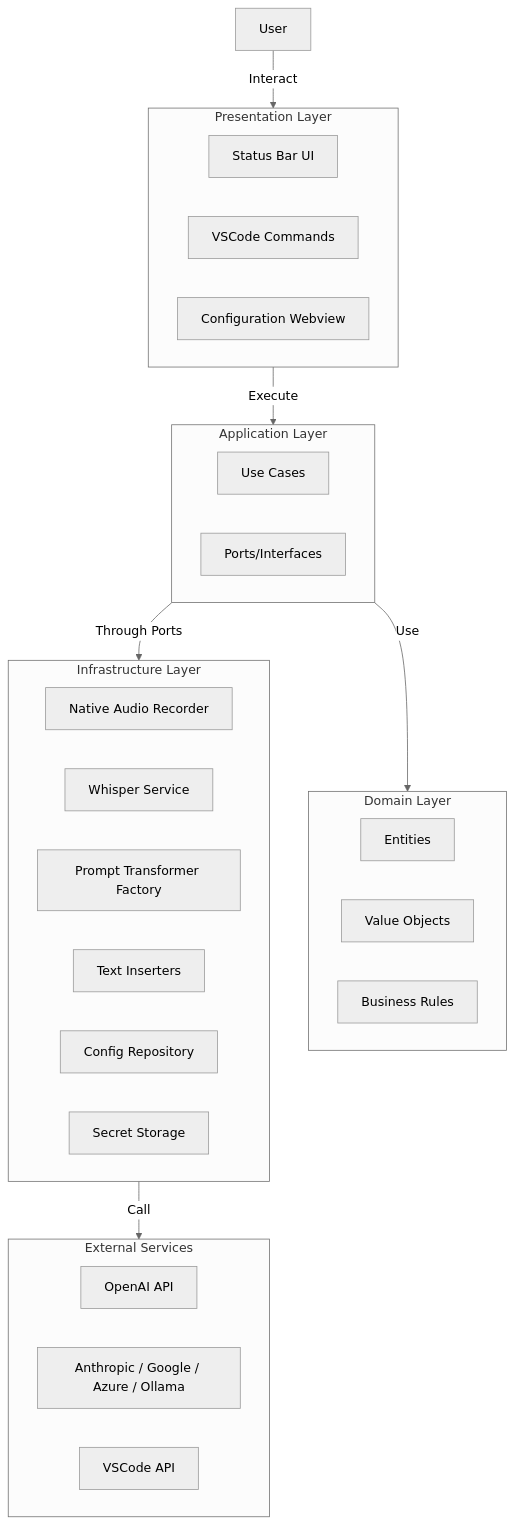
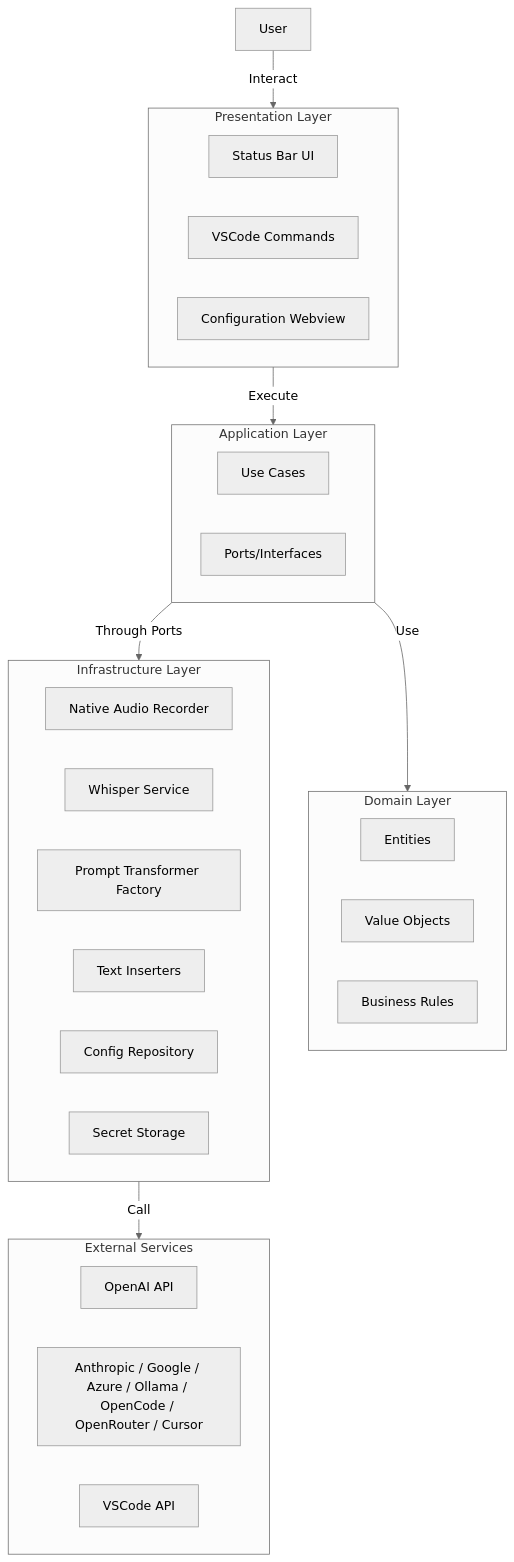
The first of 3 diagrams in docs/architecture/overview.md (vypdev/cursor-whisper), drawn with Mermaid (neutral theme) before and after one commit. The commit also changed other lines of this file and 20 other files, not shown here.

````diff
--- a/docs/architecture/overview.md
+++ b/docs/architecture/overview.md
@@ -20,42 +20,42 @@
 ```mermaid
 flowchart TB
     User[User]
 
     subgraph Presentation["Presentation Layer"]
         StatusBar[Status Bar UI]
         Commands[VSCode Commands]
         ConfigPanel[Configuration Webview]
     end
 
     subgraph Application["Application Layer"]
         UseCases[Use Cases]
         Ports[Ports/Interfaces]
     end
 
     subgraph Domain["Domain Layer"]
         Entities[Entities]
         ValueObjects[Value Objects]
         BusinessRules[Business Rules]
     end
 
     subgraph Infrastructure["Infrastructure Layer"]
         AudioAdapter[Native Audio Recorder]
         WhisperAdapter[Whisper Service]
         ProviderFactory[Prompt Transformer Factory]
         InsertionAdapters[Text Inserters]
         ConfigAdapter[Config Repository]
         StorageAdapter[Secret Storage]
     end
 
     subgraph External["External Services"]
         OpenAI[OpenAI API]
-        OtherLLMs[Anthropic / Google / Azure / Ollama]
+        OtherLLMs[Anthropic / Google / Azure / Ollama / OpenCode / OpenRouter / Cursor]
         VSCodeAPI[VSCode API]
     end
 
     User -->|Interact| Presentation
     Presentation -->|Execute| Application
     Application -->|Use| Domain
     Application -->|Through Ports| Infrastructure
     Infrastructure -->|Call| External
 ```
````
